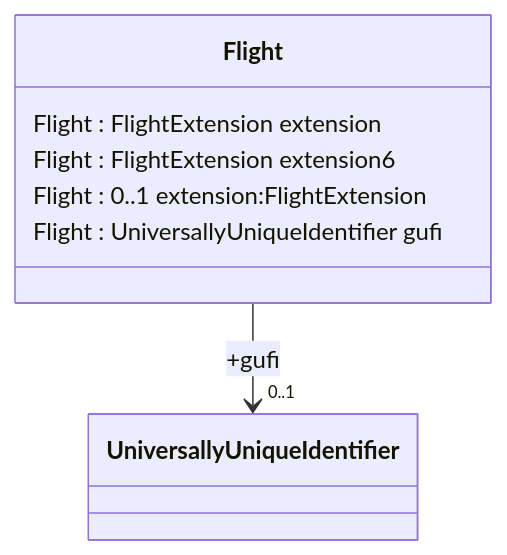
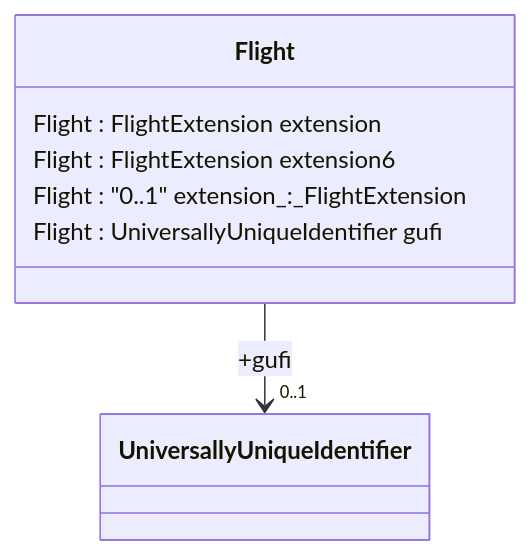
The second of 4 diagrams in docs/fixm/FIXM_UML_in_mermaid.md (du-lapin/test_docsify), drawn with Mermaid before and after one commit.

````diff
--- a/docs/fixm/FIXM_UML_in_mermaid.md
+++ b/docs/fixm/FIXM_UML_in_mermaid.md
@@ -24,10 +24,10 @@
 ```mermaid
 classDiagram
 class Flight{
 Flight : FlightExtension extension
 Flight : FlightExtension extension6
-Flight : 0..1 extension:FlightExtension
+Flight : "0..1" extension_:_FlightExtension
 Flight : UniversallyUniqueIdentifier gufi
 }
 Flight --> "0..1"  UniversallyUniqueIdentifier : +gufi
 ```
````
